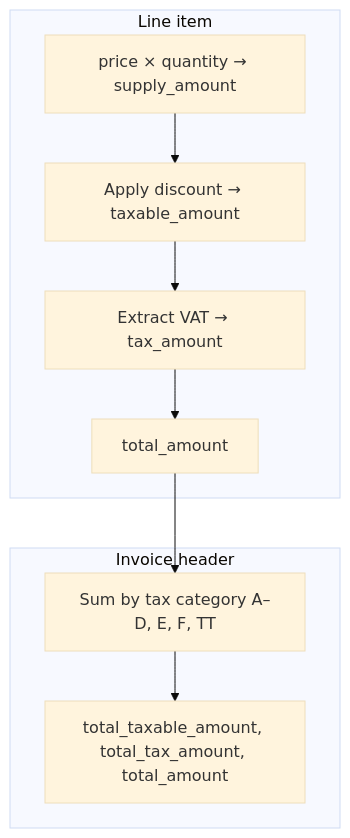
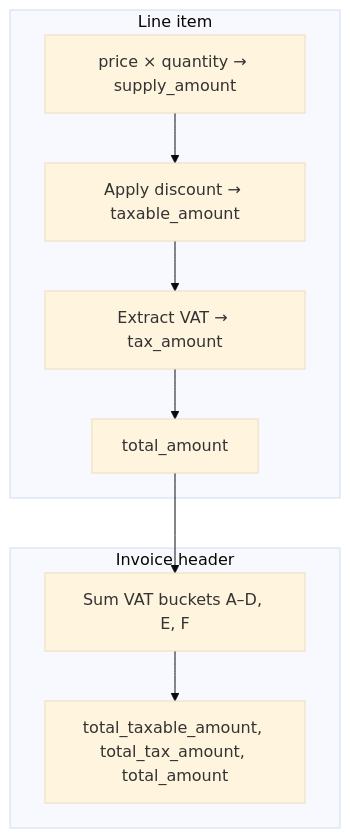
Before and after one commit to kaykorw/ebm_thirdparty_docs: the diagram in calculations/overview.mdx, drawn with Mermaid (base theme). The commit also changed other lines of this file and 21 other files, not shown here.

````diff
--- a/calculations/overview.mdx
+++ b/calculations/overview.mdx
@@ -17,15 +17,15 @@
 ```mermaid
 flowchart TB
     subgraph line ["Line item"]
         PRC["price × quantity → supply_amount"]
         DC["Apply discount → taxable_amount"]
         TAX["Extract VAT → tax_amount"]
         LINE["total_amount"]
     end
     subgraph header ["Invoice header"]
-        CAT["Sum by tax category A–D, E, F, TT"]
+        CAT["Sum VAT buckets A–D, E, F"]
         TOT["total_taxable_amount, total_tax_amount, total_amount"]
     end
     PRC --> DC --> TAX --> LINE
     LINE --> CAT --> TOT
 ```
````
